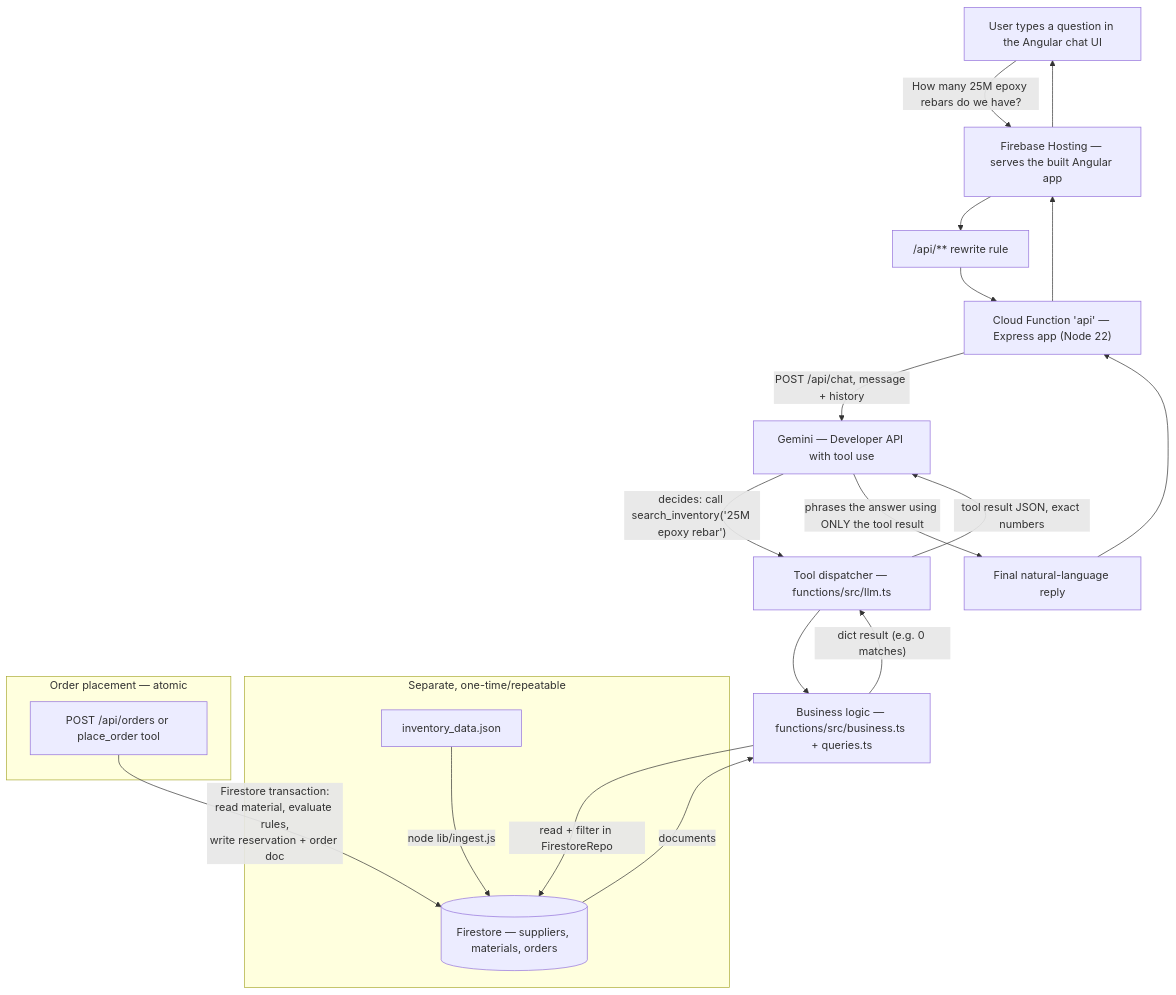
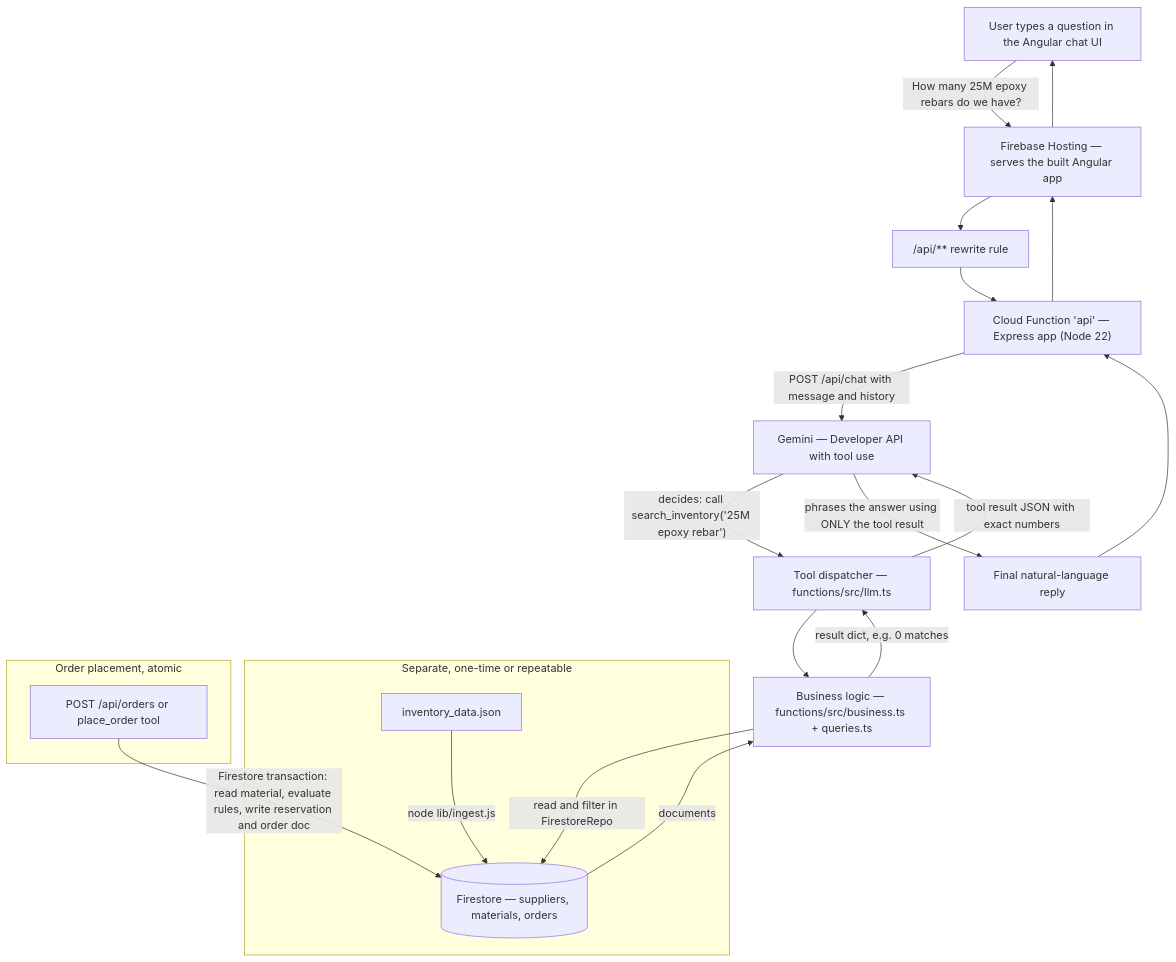
Before and after one commit to chenliyang1024/Inventory-Assistant: the diagram in README.md, drawn with Mermaid.

Commit message:
Fix Mermaid diagram parse error on GitHub
Quote every node/edge label and subgraph title, and remove a literal \n
inside an edge label -- GitHub's Mermaid renderer choked on the unquoted
commas and the escape sequence ("Cannot read properties of undefined
(reading 'render')"). Verified with @mermaid-js/mermaid-cli locally.

Claude-Session: https://claude.ai/code/session_018sjs4T2B1g9NTGtgRLX9a5

````diff
--- a/README.md
+++ b/README.md
@@ -39,32 +39,32 @@
 ```mermaid
 flowchart TD
-    U[User types a question in the Angular chat UI]
-    HOST[Firebase Hosting — serves the built Angular app]
+    U["User types a question in the Angular chat UI"]
+    HOST["Firebase Hosting — serves the built Angular app"]
     REWRITE["/api/** rewrite rule"]
     FN["Cloud Function 'api' — Express app (Node 22)"]
-    LLM[Gemini — Developer API with tool use]
+    LLM["Gemini — Developer API with tool use"]
     TOOLS["Tool dispatcher — functions/src/llm.ts"]
     BIZ["Business logic — functions/src/business.ts + queries.ts"]
-    FS[(Firestore — suppliers, materials, orders)]
-    REPLY[Final natural-language reply]
+    FS[("Firestore — suppliers, materials, orders")]
+    REPLY["Final natural-language reply"]
 
     U -->|"How many 25M epoxy rebars do we have?"| HOST
     HOST --> REWRITE --> FN
-    FN -->|POST /api/chat, message + history| LLM
+    FN -->|"POST /api/chat with message and history"| LLM
     LLM -->|"decides: call search_inventory('25M epoxy rebar')"| TOOLS
     TOOLS --> BIZ
-    BIZ -->|"read + filter in FirestoreRepo"| FS
-    FS -->|documents| BIZ
-    BIZ -->|"dict result (e.g. 0 matches)"| TOOLS
+    BIZ -->|"read and filter in FirestoreRepo"| FS
+    FS -->|"documents"| BIZ
+    BIZ -->|"result dict, e.g. 0 matches"| TOOLS
     LLM -->|"phrases the answer using ONLY the tool result"| REPLY
-    TOOLS -->|tool result JSON, exact numbers| LLM
+    TOOLS -->|"tool result JSON with exact numbers"| LLM
     REPLY --> FN --> HOST --> U
 
-    subgraph Ingestion [Separate, one-time/repeatable]
-        JSON[inventory_data.json] -->|"node lib/ingest.js"| FS
+    subgraph Ingestion ["Separate, one-time or repeatable"]
+        JSON["inventory_data.json"] -->|"node lib/ingest.js"| FS
     end
 
-    subgraph OrderPlacement [Order placement — atomic]
-        FN2["POST /api/orders or place_order tool"] -->|"Firestore transaction:\nread material, evaluate rules,\nwrite reservation + order doc"| FS
+    subgraph OrderPlacement ["Order placement, atomic"]
+        FN2["POST /api/orders or place_order tool"] -->|"Firestore transaction: read material, evaluate rules, write reservation and order doc"| FS
     end
 ```
````
